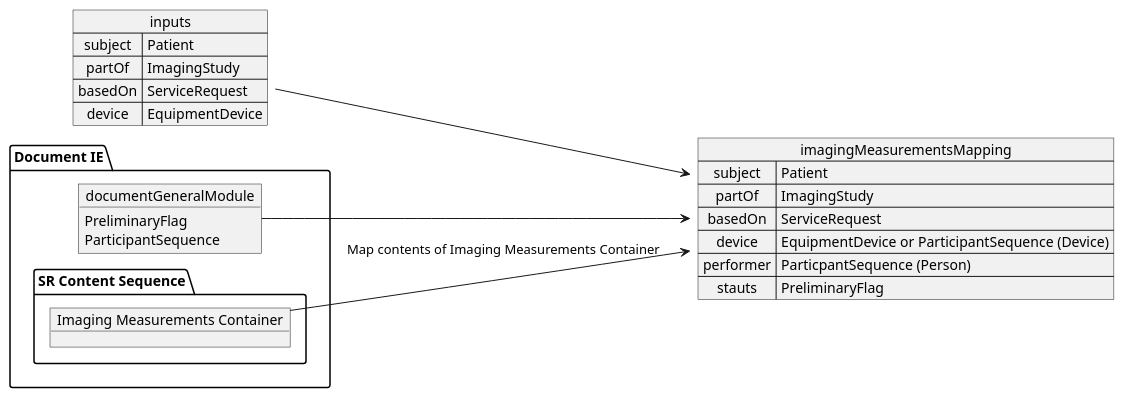
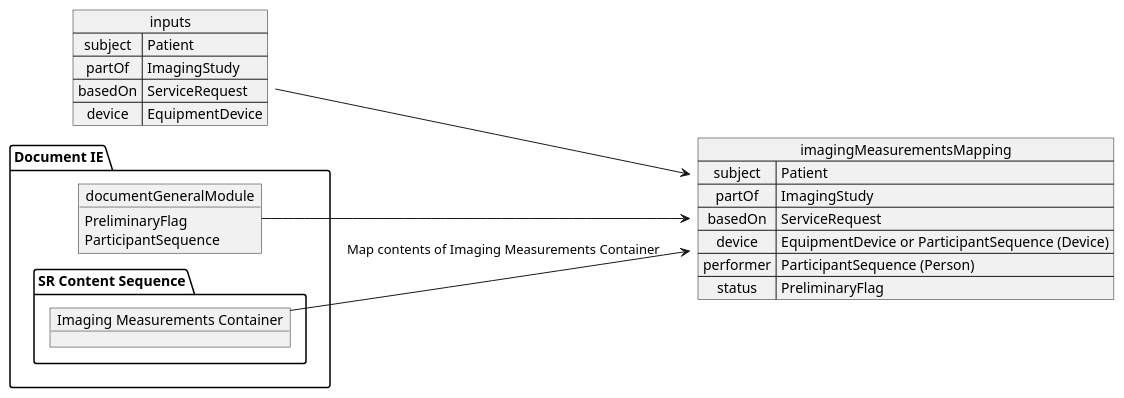
One commit to HL7/dicom-sr changed the diagram in input/images-source/dicom_document_ie_mapping.plantuml. Above: the diagram before and after it, drawn with PlantUML. The commit also changed 12 other files, not shown here.

```diff
--- a/input/images-source/dicom_document_ie_mapping.plantuml
+++ b/input/images-source/dicom_document_ie_mapping.plantuml
@@ -1,33 +1,33 @@
 @startuml dicom_sr_document_ie_mapping
 left to right direction
 
 map inputs {
     subject => Patient
     partOf => ImagingStudy
     basedOn => ServiceRequest
     device => EquipmentDevice
 }
 
 package "Document IE" {
     object documentGeneralModule {
         PreliminaryFlag
         ParticipantSequence
     }
     package "SR Content Sequence" as srContentSequence {
         object "Imaging Measurements Container" as imagingMeasurements
     }
 }
 
 map imagingMeasurementsMapping {
     subject => Patient
     partOf => ImagingStudy
     basedOn => ServiceRequest
     device => EquipmentDevice or ParticipantSequence (Device)
-    performer => ParticpantSequence (Person)
-    stauts => PreliminaryFlag
+    performer => ParticipantSequence (Person)
+    status => PreliminaryFlag
 }
 
 imagingMeasurements --> imagingMeasurementsMapping: Map contents of Imaging Measurements Container
 inputs --> imagingMeasurementsMapping
 documentGeneralModule --> imagingMeasurementsMapping
 @enduml
```
